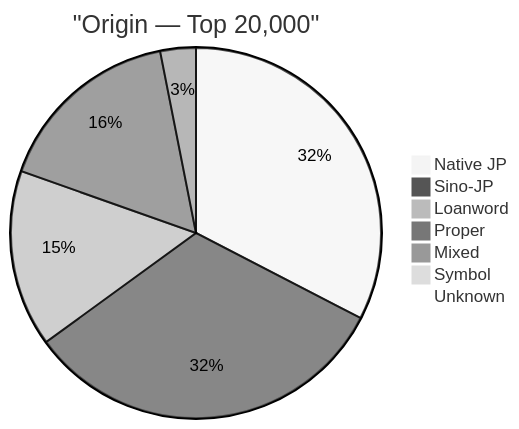
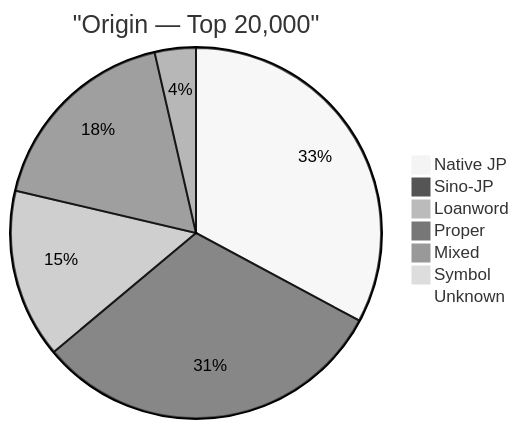
One commit to PikaPikaGems/japanese-word-frequency changed the fifth of 5 diagrams in data/CEJC/insights/origin_trends.md. Above: the diagram before and after it, drawn with Mermaid (neutral theme). The commit also changed other lines of this file and 5 other files, not shown here.

````diff
--- a/data/CEJC/insights/origin_trends.md
+++ b/data/CEJC/insights/origin_trends.md
@@ -84,10 +84,10 @@
 ```mermaid
 pie title "Origin — Top 20,000"
-    "Native JP" : 4145.00
-    "Sino-JP" : 4121.00
-    "Loanword" : 1962.00
-    "Proper" : 2096.00
-    "Mixed" : 395.00
-    "Symbol" : 76.00
+    "Native JP" : 6417.00
+    "Sino-JP" : 6071.00
+    "Loanword" : 2883.00
+    "Proper" : 3468.00
+    "Mixed" : 701.00
+    "Symbol" : 133.00
     "Unknown" : 1.00
 ```
````
